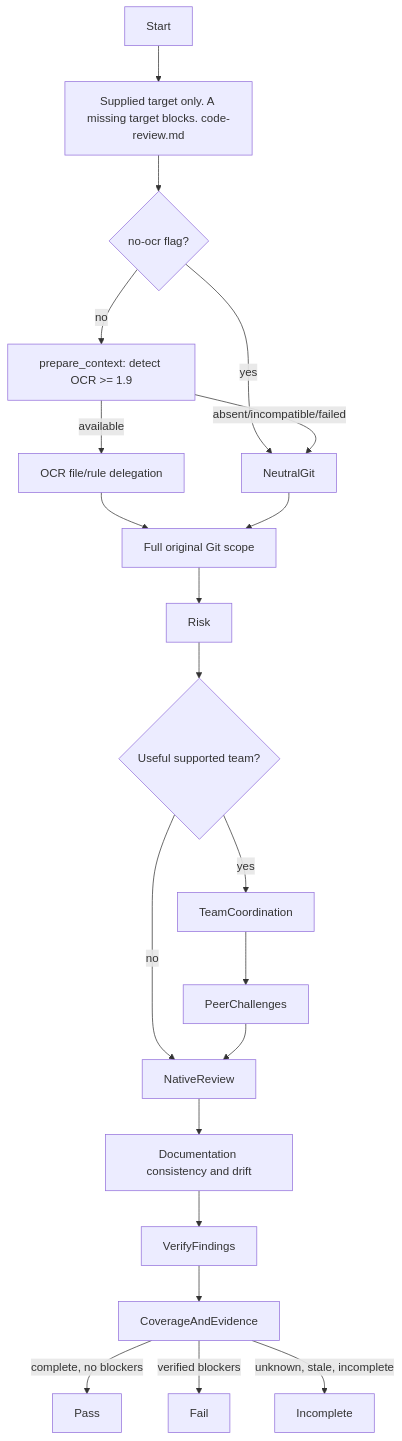
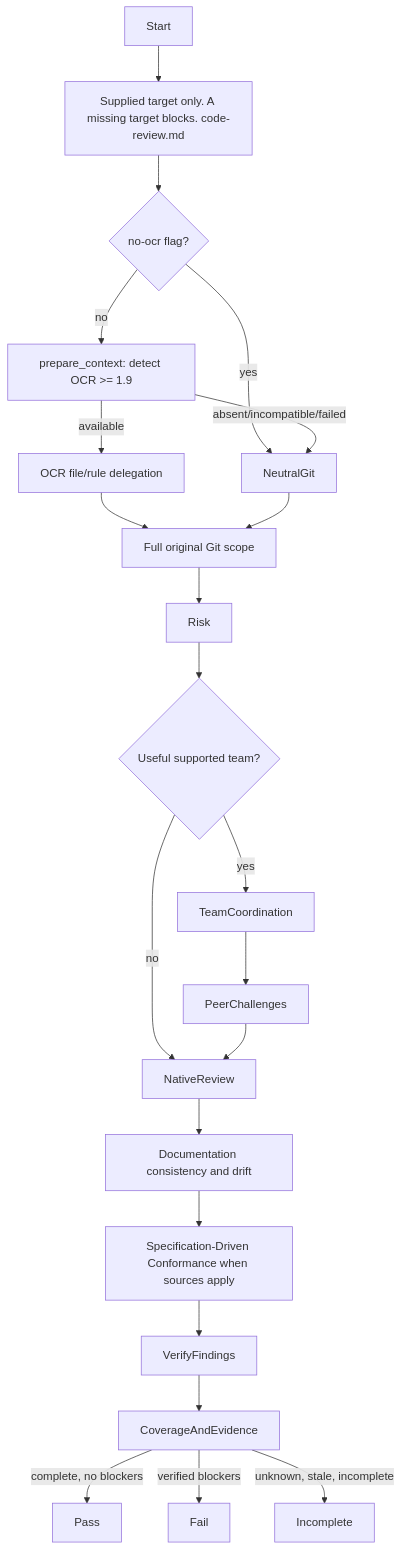
Before and after one commit to JadsonLucena/agent-toolkit: the diagram in contexts/review/skills/review-change/SKILL.md, drawn with Mermaid. The commit also changed other lines of this file and 5 other files, not shown here.

Commit message:
feat(review): assess SDD conformance in existing specification lens

````diff
--- a/contexts/review/skills/review-change/SKILL.md
+++ b/contexts/review/skills/review-change/SKILL.md
@@ -29,23 +29,24 @@
 ```mermaid
 flowchart TD
     Start --> Preflight["Supplied target only. A missing target blocks. code-review.md"]
     Preflight --> SkipOCR{no-ocr flag?}
     SkipOCR -->|yes| NeutralGit
     SkipOCR -->|no| OCRFirst[prepare_context: detect OCR >= 1.9]
     OCRFirst -->|available| OCRRules[OCR file/rule delegation]
     OCRFirst -->|absent/incompatible/failed| NeutralGit
     OCRRules --> Scope[Full original Git scope]
     NeutralGit --> Scope
     Scope --> Risk
     Risk --> Mode{Useful supported team?}
     Mode -->|yes| TeamCoordination
     Mode -->|no| NativeReview
     TeamCoordination --> PeerChallenges
     PeerChallenges --> NativeReview
     NativeReview --> DocumentationAssessment[Documentation consistency and drift]
-    DocumentationAssessment --> VerifyFindings
+    DocumentationAssessment --> Conformance["Specification-Driven Conformance when sources apply"]
+    Conformance --> VerifyFindings
     VerifyFindings --> CoverageAndEvidence
     CoverageAndEvidence -->|complete, no blockers| Pass
     CoverageAndEvidence -->|verified blockers| Fail
     CoverageAndEvidence -->|unknown, stale, incomplete| Incomplete
 ```
````
